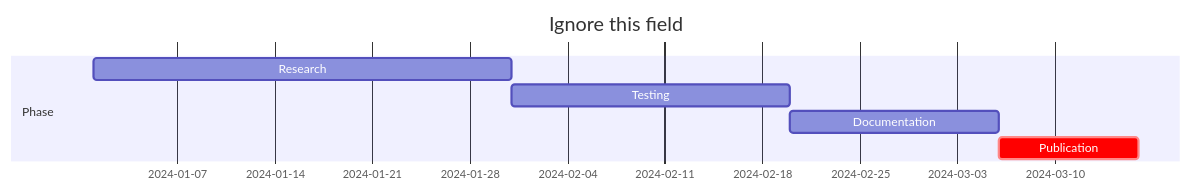
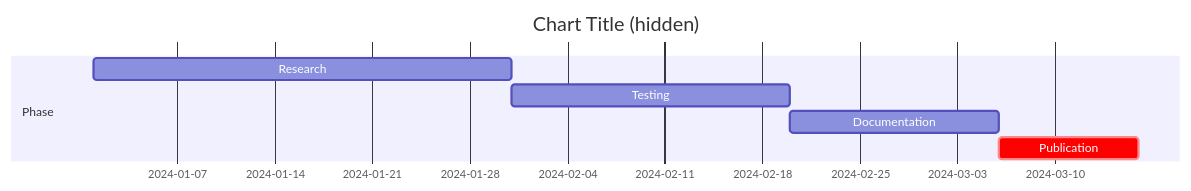
Before and after one commit to BKMzero/ultrabroken-documentation: the sixth of 7 diagrams in docs/wiki/guide.md, drawn with Mermaid. The commit also changed other lines of this file, not shown here.

Commit message:
docs: clarify that gantt and pie chart titles are hidden

````diff
--- a/docs/wiki/guide.md
+++ b/docs/wiki/guide.md
@@ -713,10 +713,10 @@
 ```mermaid
 gantt
-    title Ignore this field
+    title Chart Title (hidden)
     dateFormat YYYY-MM-DD
     section Phase
     Research           :a1, 2024-01-01, 30d
     Testing            :a2, after a1, 20d
     Documentation      :a3, after a2, 15d
     Publication        :crit, a4, after a3, 10d
 ```
````
